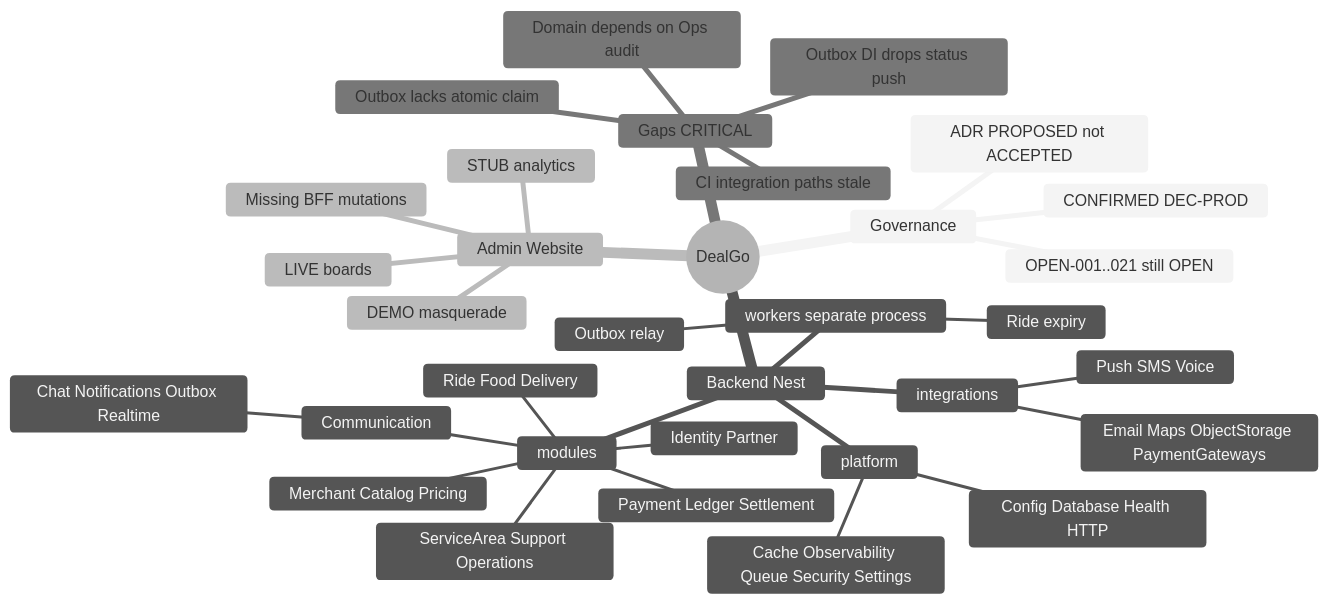
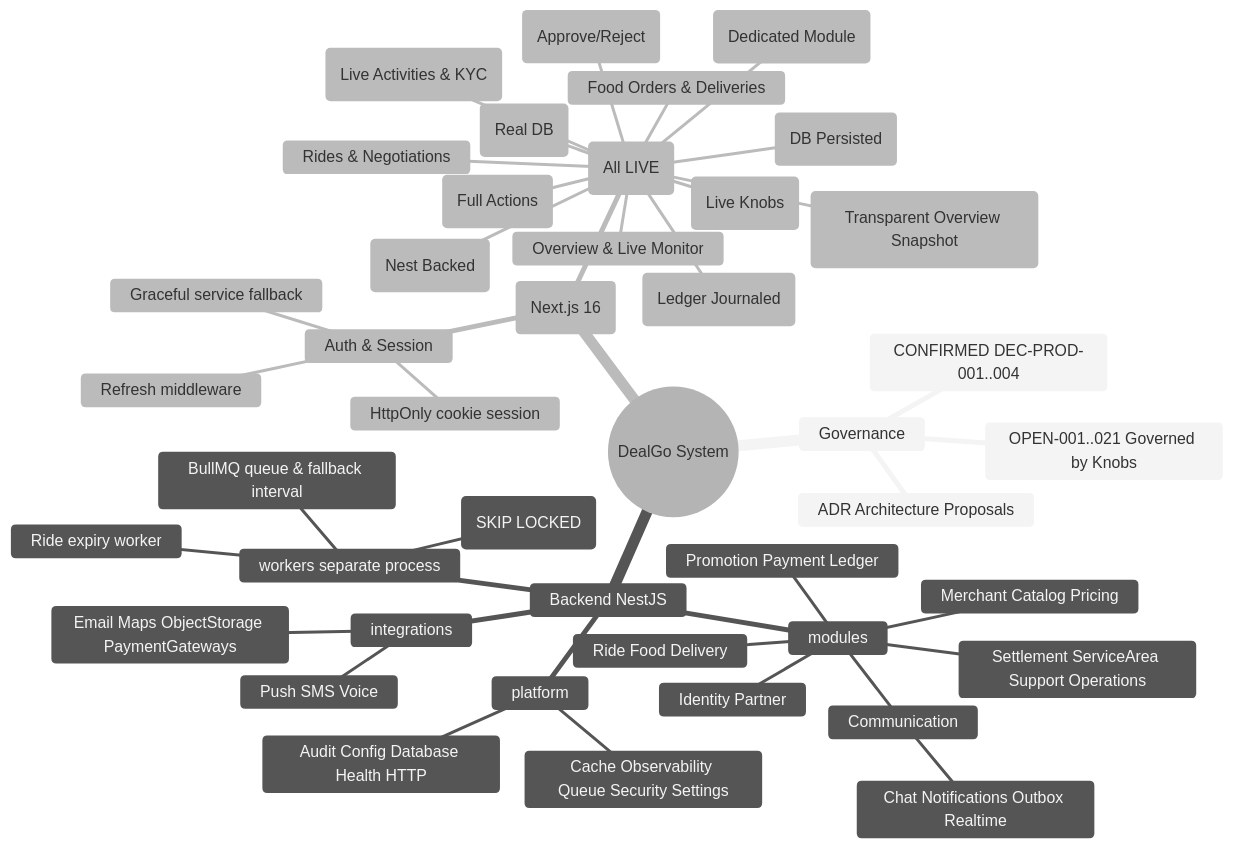
One commit to trancongtien406/dealgo changed the diagram in docs/10-ai-execution/system-audit-mindmap.md. Above: the diagram before and after it, drawn with Mermaid (neutral theme). The commit also changed other lines of this file and 1066 other files, not shown here.

````diff
--- a/docs/10-ai-execution/system-audit-mindmap.md
+++ b/docs/10-ai-execution/system-audit-mindmap.md
@@ -26,36 +27,46 @@
 ```mermaid
 mindmap
-  root((DealGo))
+  root((DealGo System))
     Governance
-      CONFIRMED DEC-PROD
-      OPEN-001..021 still OPEN
-      ADR PROPOSED not ACCEPTED
-    Backend Nest
+      CONFIRMED DEC-PROD-001..004
+      OPEN-001..021 Governed by Knobs
+      ADR Architecture Proposals
+    Backend NestJS
       modules
         Identity Partner
         Ride Food Delivery
         Merchant Catalog Pricing
-        Payment Ledger Settlement
-        ServiceArea Support Operations
+        Promotion Payment Ledger
+        Settlement ServiceArea Support Operations
         Communication
           Chat Notifications Outbox Realtime
       platform
-        Config Database Health HTTP
+        Audit Config Database Health HTTP
         Cache Observability Queue Security Settings
       integrations
         Email Maps ObjectStorage PaymentGateways
         Push SMS Voice
       workers separate process
-        Ride expiry
-        Outbox relay
-    Admin Website
-      LIVE boards
-      DEMO masquerade
-      STUB analytics
-      Missing BFF mutations
-    Gaps CRITICAL
-      Outbox DI drops status push
-      Outbox lacks atomic claim
-      CI integration paths stale
-      Domain depends on Ops audit
+        Ride expiry worker
+        Outbox relay worker (SKIP LOCKED)
+        BullMQ queue & fallback interval
+    Admin Website (Next.js 16)
+      Auth & Session
+        HttpOnly cookie session
+        Refresh middleware
+        Graceful service fallback
+      Operations Boards (All LIVE)
+        Overview & Live Monitor
+        Rides & Negotiations
+        Food Orders & Deliveries
+        Customers & Drivers (Live Activities & KYC)
+        Stores & Store Approvals (Full Actions)
+        Catalog & Food Moderation (DB Persisted)
+        Transactions & Settlements (Real DB)
+        Disputes & Refunds (Ledger Journaled)
+        Promotions & Campaigns (Dedicated Module)
+        Reports (Transparent Overview Snapshot)
+        Notifications & Content CMS (Nest Backed)
+        Zones & Platform Settings (Live Knobs)
+        Staff & Role Grants Review (Approve/Reject)
 ```
````
